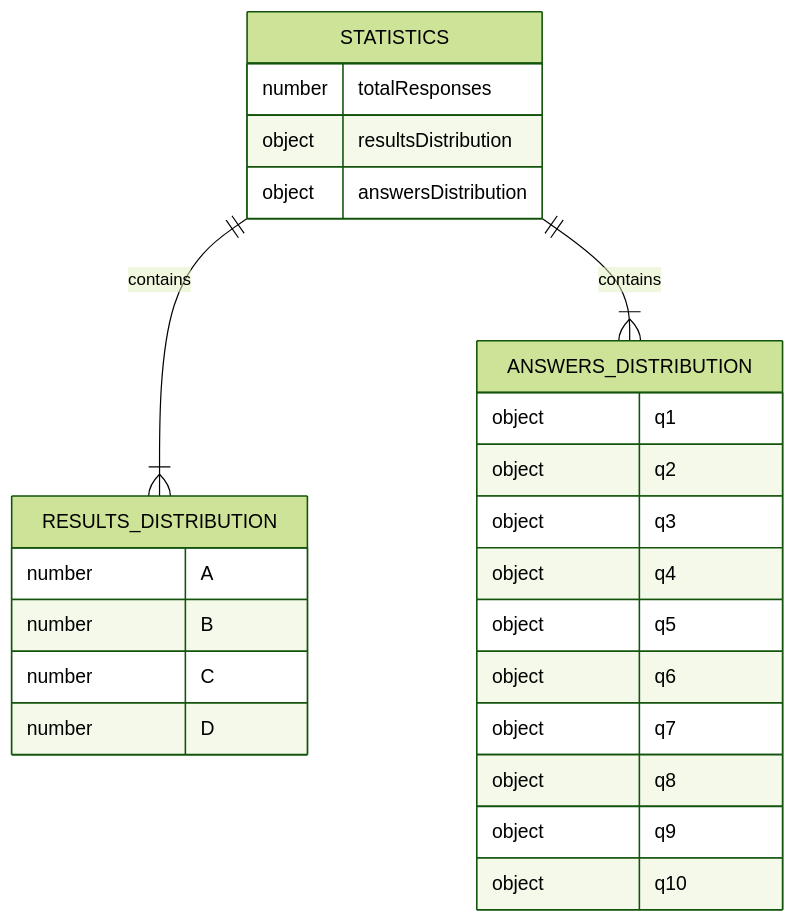
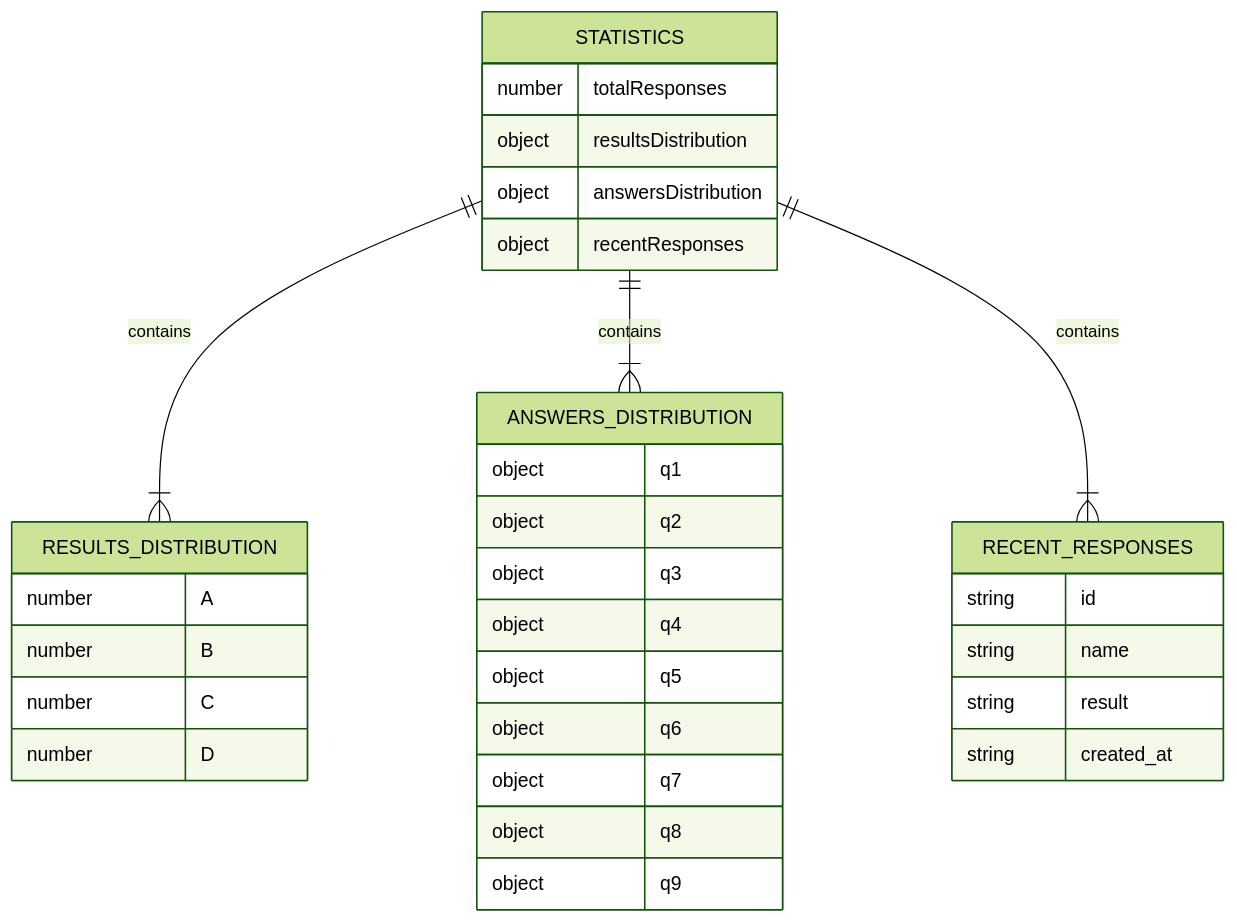
One commit to lommaks777/alena changed the third of 4 diagrams in .qoder/repowiki/en/content/Data Models.md. Above: the diagram before and after it, drawn with Mermaid (forest theme). The commit also changed other lines of this file and 19 other files, not shown here.

````diff
--- a/.qoder/repowiki/en/content/Data Models.md
+++ b/.qoder/repowiki/en/content/Data Models.md
@@ -153,28 +156,35 @@
 ```mermaid
 erDiagram
 STATISTICS {
 number totalResponses
 object resultsDistribution
 object answersDistribution
+object recentResponses
 }
 RESULTS_DISTRIBUTION {
 number A
 number B
 number C
 number D
 }
 ANSWERS_DISTRIBUTION {
 object q1
 object q2
 object q3
 object q4
 object q5
 object q6
 object q7
 object q8
 object q9
-object q10
+}
+RECENT_RESPONSES {
+string id
+string name
+string result
+string created_at
 }
 STATISTICS ||--|{ RESULTS_DISTRIBUTION : "contains"
 STATISTICS ||--|{ ANSWERS_DISTRIBUTION : "contains"
+STATISTICS ||--|{ RECENT_RESPONSES : "contains"
 ```
````
